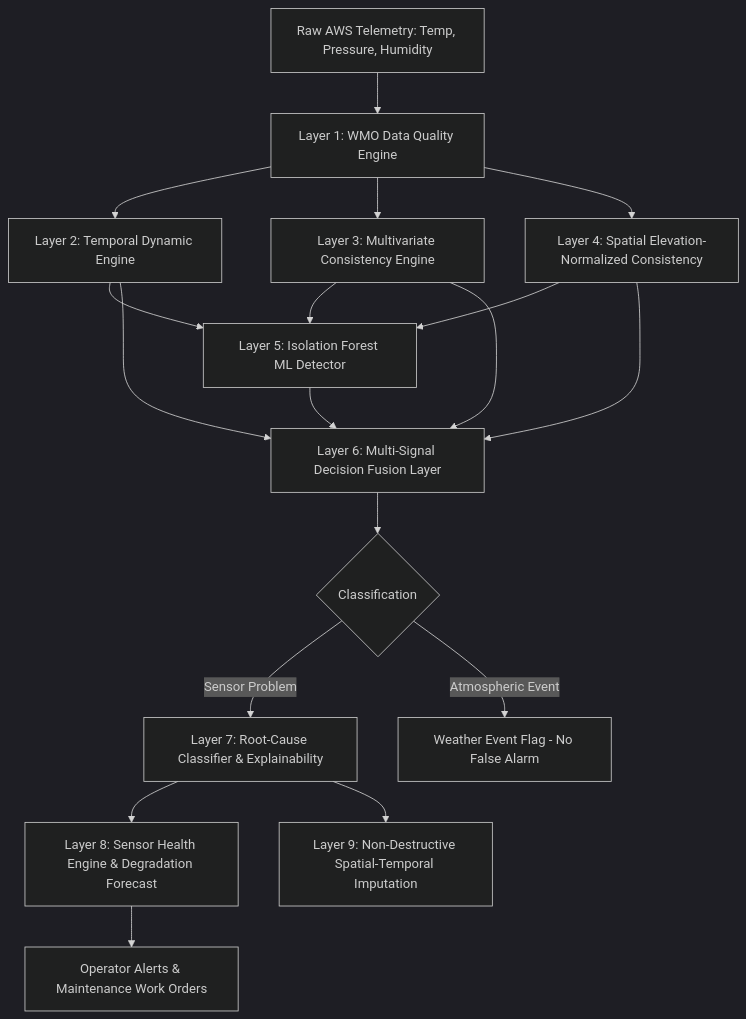
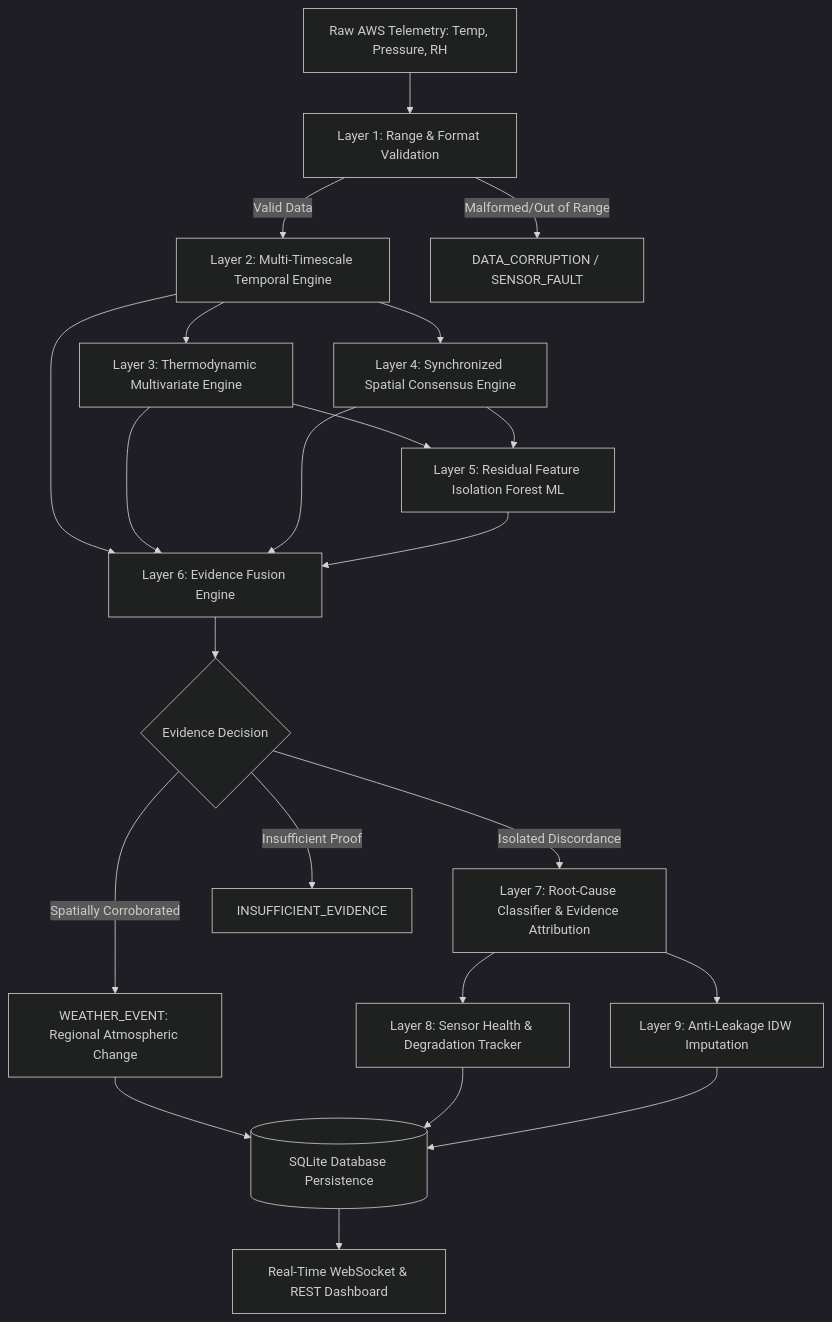
Before and after one commit to Pirate-debugger/SKYGUARD-AI---SIH26073: the diagram in README.md, drawn with Mermaid (dark theme). The commit also changed other lines of this file and 24 other files, not shown here.

Commit message:
feat(sih26073): comprehensive audit, multiclass benchmark, synchronized spatial pipeline, and anti-leakage QC

````diff
--- a/README.md
+++ b/README.md
@@ -52,15 +100,23 @@
 ```mermaid
 flowchart TD
-    A[Raw AWS Telemetry: Temp, Pressure, Humidity] --> B[Layer 1: WMO Data Quality Engine]
-    B --> C[Layer 2: Temporal Dynamic Engine]
-    B --> D[Layer 3: Multivariate Consistency Engine]
-    B --> E[Layer 4: Spatial Elevation-Normalized Consistency]
-    C & D & E --> F[Layer 5: Isolation Forest ML Detector]
-    C & D & E & F --> G[Layer 6: Multi-Signal Decision Fusion Layer]
-    G --> H{Classification}
-    H -->|Sensor Problem| I[Layer 7: Root-Cause Classifier & Explainability]
-    H -->|Atmospheric Event| J[Weather Event Flag - No False Alarm]
-    I --> K[Layer 8: Sensor Health Engine & Degradation Forecast]
-    I --> L[Layer 9: Non-Destructive Spatial-Temporal Imputation]
-    K --> M[Operator Alerts & Maintenance Work Orders]
+    A[Raw AWS Telemetry: Temp, Pressure, RH] --> B[Layer 1: Range & Format Validation]
+    B -->|Valid Data| C[Layer 2: Multi-Timescale Temporal Engine]
+    B -->|Malformed/Out of Range| DQ[DATA_CORRUPTION / SENSOR_FAULT]
+    
+    C --> D[Layer 3: Thermodynamic Multivariate Engine]
+    C --> E[Layer 4: Synchronized Spatial Consensus Engine]
+    
+    D & E --> F[Layer 5: Residual Feature Isolation Forest ML]
+    C & D & E & F --> G[Layer 6: Evidence Fusion Engine]
+    
+    G --> H{Evidence Decision}
+    H -->|Spatially Corroborated| J[WEATHER_EVENT: Regional Atmospheric Change]
+    H -->|Isolated Discordance| I[Layer 7: Root-Cause Classifier & Evidence Attribution]
+    H -->|Insufficient Proof| K[INSUFFICIENT_EVIDENCE]
+    
+    I --> L[Layer 8: Sensor Health & Degradation Tracker]
+    I --> M[Layer 9: Anti-Leakage IDW Imputation]
+    
+    J & L & M --> N[(SQLite Database Persistence)]
+    N --> O[Real-Time WebSocket & REST Dashboard]
 ```
````
